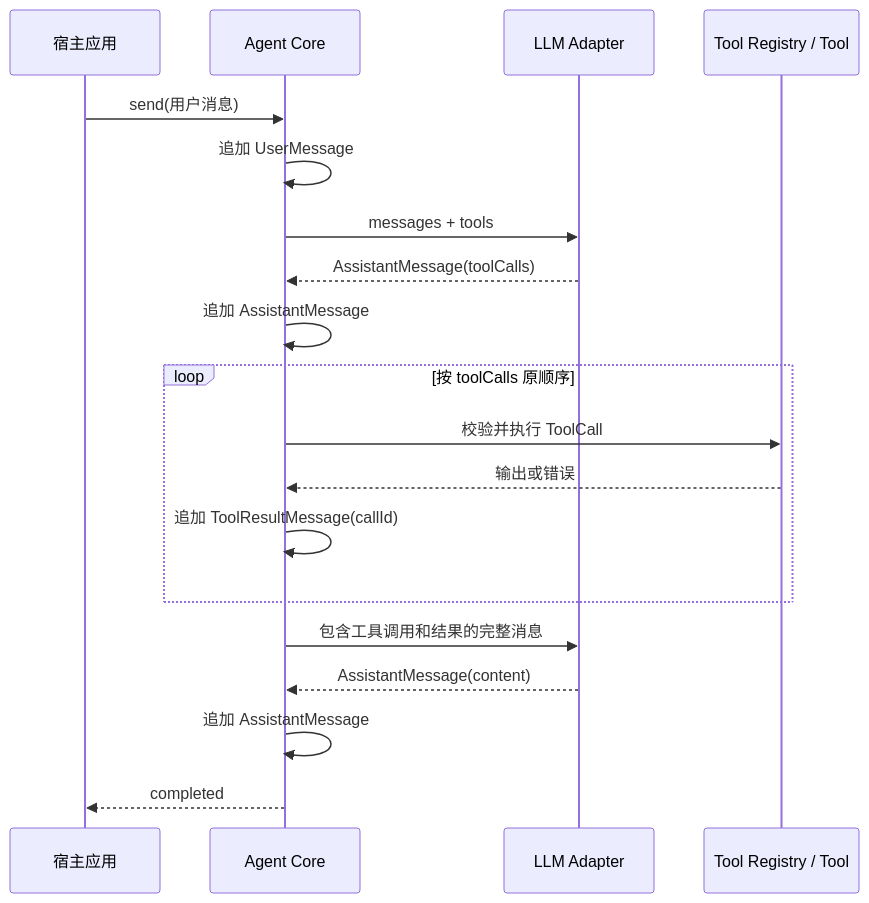
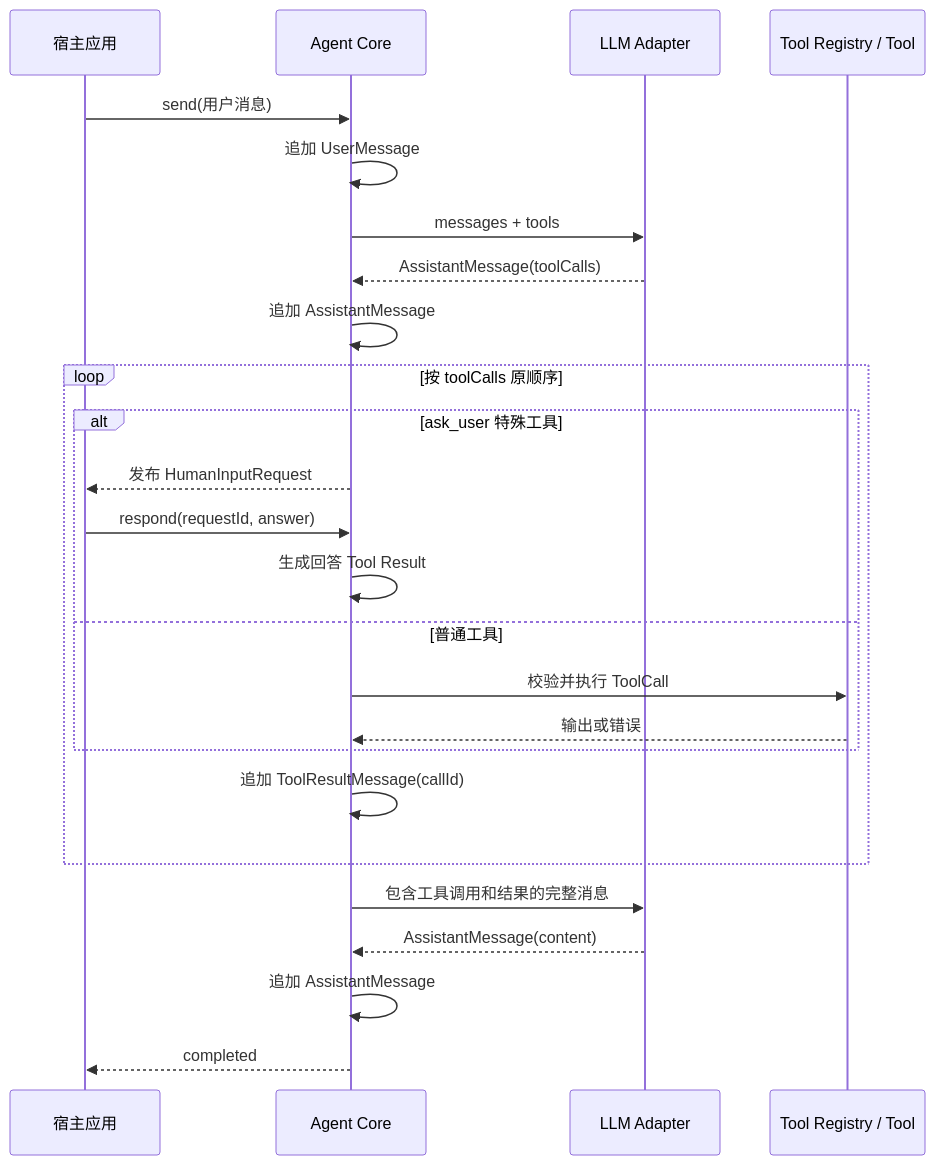
Before and after one commit to SevenNorth/karkata: the diagram in docs/design/Karkata消息与会话协议.md, drawn with Mermaid. The commit also changed other lines of this file and 12 other files, not shown here.

````diff
--- a/docs/design/Karkata消息与会话协议.md
+++ b/docs/design/Karkata消息与会话协议.md
@@ -123,24 +123,30 @@
 ```mermaid
 sequenceDiagram
     participant Host as 宿主应用
     participant Core as Agent Core
     participant LLM as LLM Adapter
     participant Tool as Tool Registry / Tool
 
     Host->>Core: send(用户消息)
     Core->>Core: 追加 UserMessage
     Core->>LLM: messages + tools
     LLM-->>Core: AssistantMessage(toolCalls)
     Core->>Core: 追加 AssistantMessage
 
     loop 按 toolCalls 原顺序
-        Core->>Tool: 校验并执行 ToolCall
-        Tool-->>Core: 输出或错误
+        alt ask_user 特殊工具
+            Core-->>Host: 发布 HumanInputRequest
+            Host->>Core: respond(requestId, answer)
+            Core->>Core: 生成回答 Tool Result
+        else 普通工具
+            Core->>Tool: 校验并执行 ToolCall
+            Tool-->>Core: 输出或错误
+        end
         Core->>Core: 追加 ToolResultMessage(callId)
     end
 
     Core->>LLM: 包含工具调用和结果的完整消息
     LLM-->>Core: AssistantMessage(content)
     Core->>Core: 追加 AssistantMessage
     Core-->>Host: completed
 ```
````
